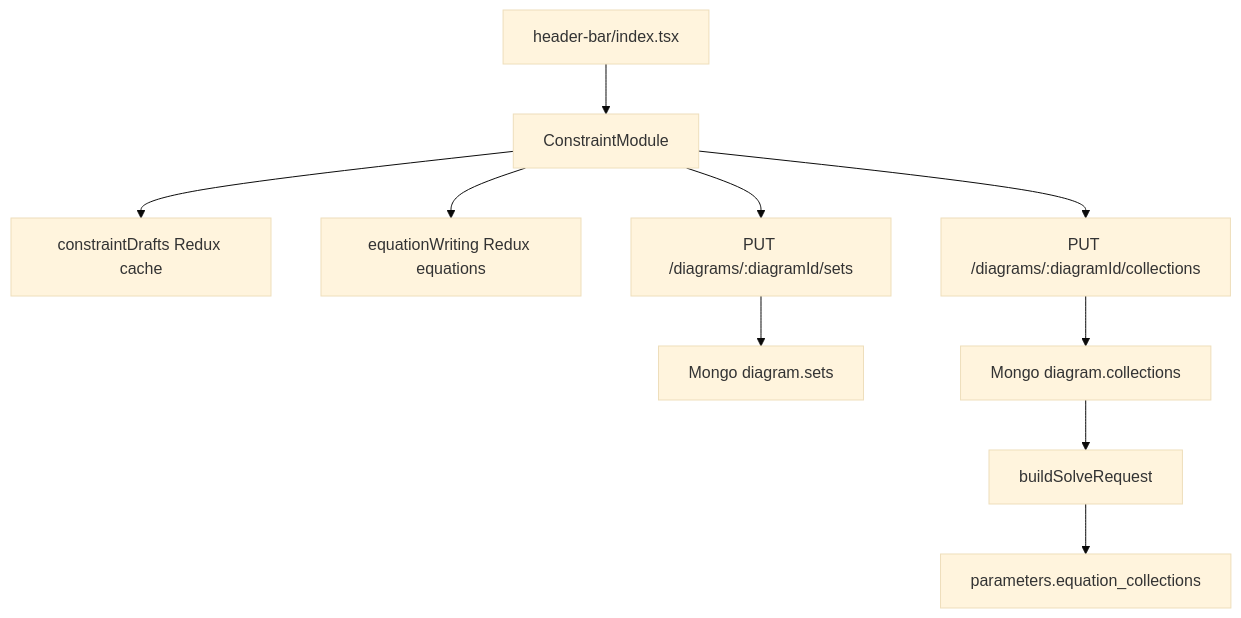
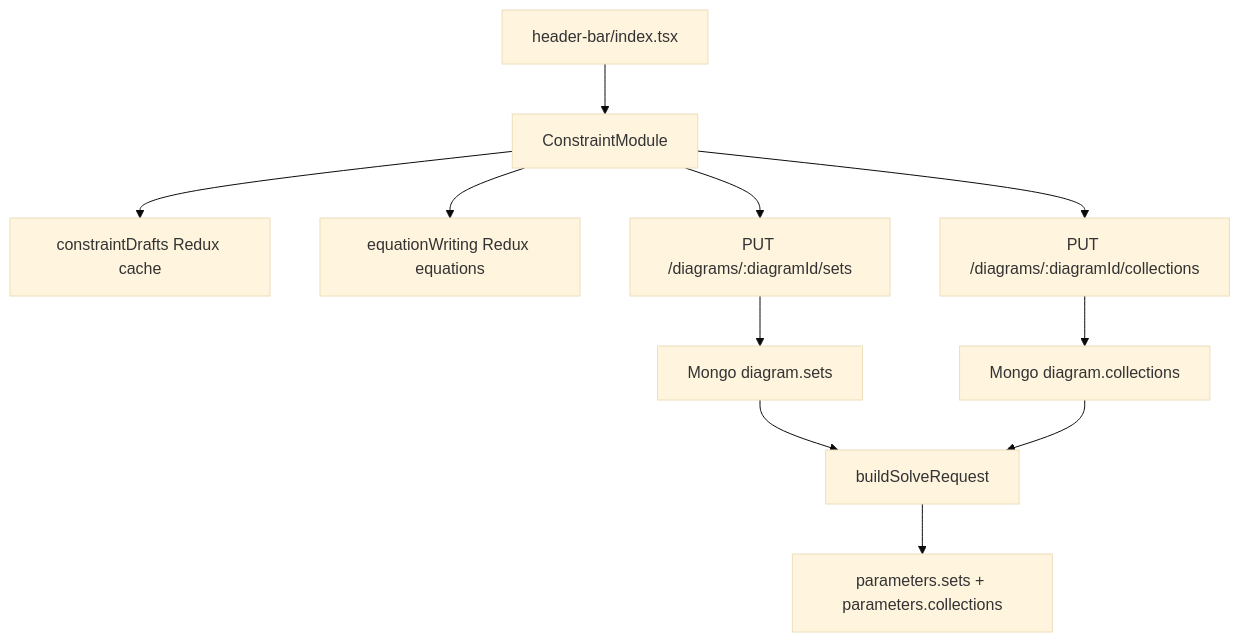
The diagram in docs/capstone/CodeExplanation/constraint-module.md (bluehydrogenplant123/Plant-Modelling-Documentation), drawn with Mermaid (base theme) before and after one commit. The commit also changed other lines of this file and 35 other files, not shown here.

````diff
--- a/docs/capstone/CodeExplanation/constraint-module.md
+++ b/docs/capstone/CodeExplanation/constraint-module.md
@@ -139,12 +141,13 @@
 ```mermaid
 flowchart TD
   Header["header-bar/index.tsx"] --> Constr["ConstraintModule"]
   Constr --> Drafts["constraintDrafts Redux cache"]
   Constr --> Equations["equationWriting Redux equations"]
   Constr --> SaveSets["PUT /diagrams/:diagramId/sets"]
   Constr --> SaveCollections["PUT /diagrams/:diagramId/collections"]
   SaveSets --> MongoSets["Mongo diagram.sets"]
   SaveCollections --> MongoCollections["Mongo diagram.collections"]
-  MongoCollections --> SolverBuilder["buildSolveRequest"]
-  SolverBuilder --> Payload["parameters.equation_collections"]
+  MongoSets --> SolverBuilder["buildSolveRequest"]
+  MongoCollections --> SolverBuilder
+  SolverBuilder --> Payload["parameters.sets + parameters.collections"]
 ```
````
